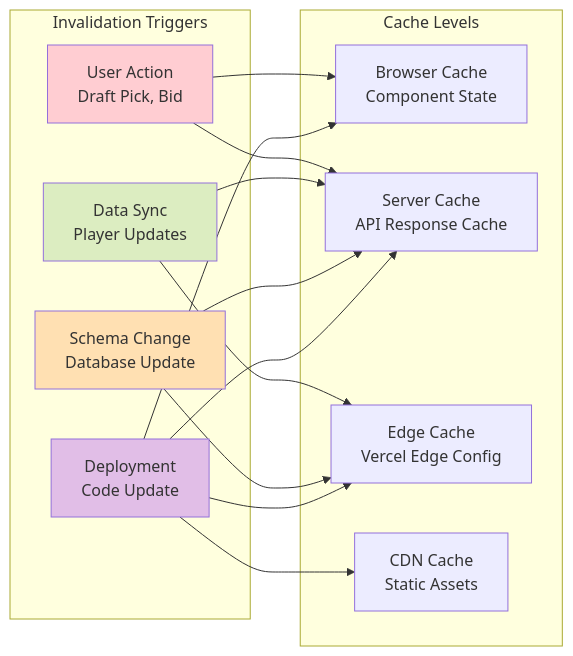
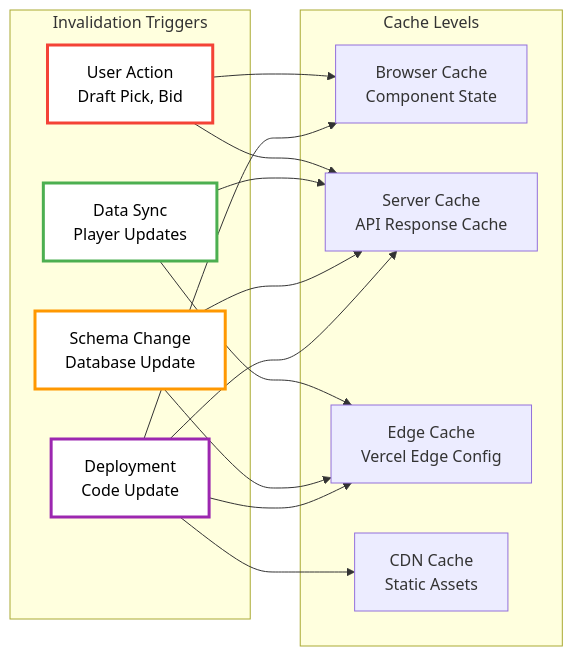
One commit to kpm34/college-football-fantasy-app changed the fifth of 6 diagrams in core/pipeline/data-pipeline-diagram.md. Above: the diagram before and after it, drawn with Mermaid. The commit also changed other lines of this file, not shown here.

First line of the commit message:
style: Improve text contrast and legibility in Mermaid diagrams

````diff
--- a/core/pipeline/data-pipeline-diagram.md
+++ b/core/pipeline/data-pipeline-diagram.md
@@ -273,32 +273,32 @@
 ```mermaid
 flowchart LR
     subgraph "Cache Levels"
         L1[Browser Cache<br/>Component State]
         L2[Server Cache<br/>API Response Cache]
         L3[Edge Cache<br/>Vercel Edge Config]
         L4[CDN Cache<br/>Static Assets]
     end
     
     subgraph "Invalidation Triggers"
         T1[User Action<br/>Draft Pick, Bid]
         T2[Data Sync<br/>Player Updates]
         T3[Schema Change<br/>Database Update]
         T4[Deployment<br/>Code Update]
     end
     
     T1 --> L1
     T1 --> L2
     T2 --> L2
     T2 --> L3
     T3 --> L2
     T3 --> L3
     T4 --> L1
     T4 --> L2
     T4 --> L3
     T4 --> L4
     
-    style T1 fill:#ffcdd2
-    style T2 fill:#dcedc1
-    style T3 fill:#ffe0b2
-    style T4 fill:#e1bee7
+    style T1 fill:#ffffff,stroke:#f44336,stroke-width:3px,color:#000000
+    style T2 fill:#ffffff,stroke:#4caf50,stroke-width:3px,color:#000000
+    style T3 fill:#ffffff,stroke:#ff9800,stroke-width:3px,color:#000000
+    style T4 fill:#ffffff,stroke:#9c27b0,stroke-width:3px,color:#000000
 ```
````
